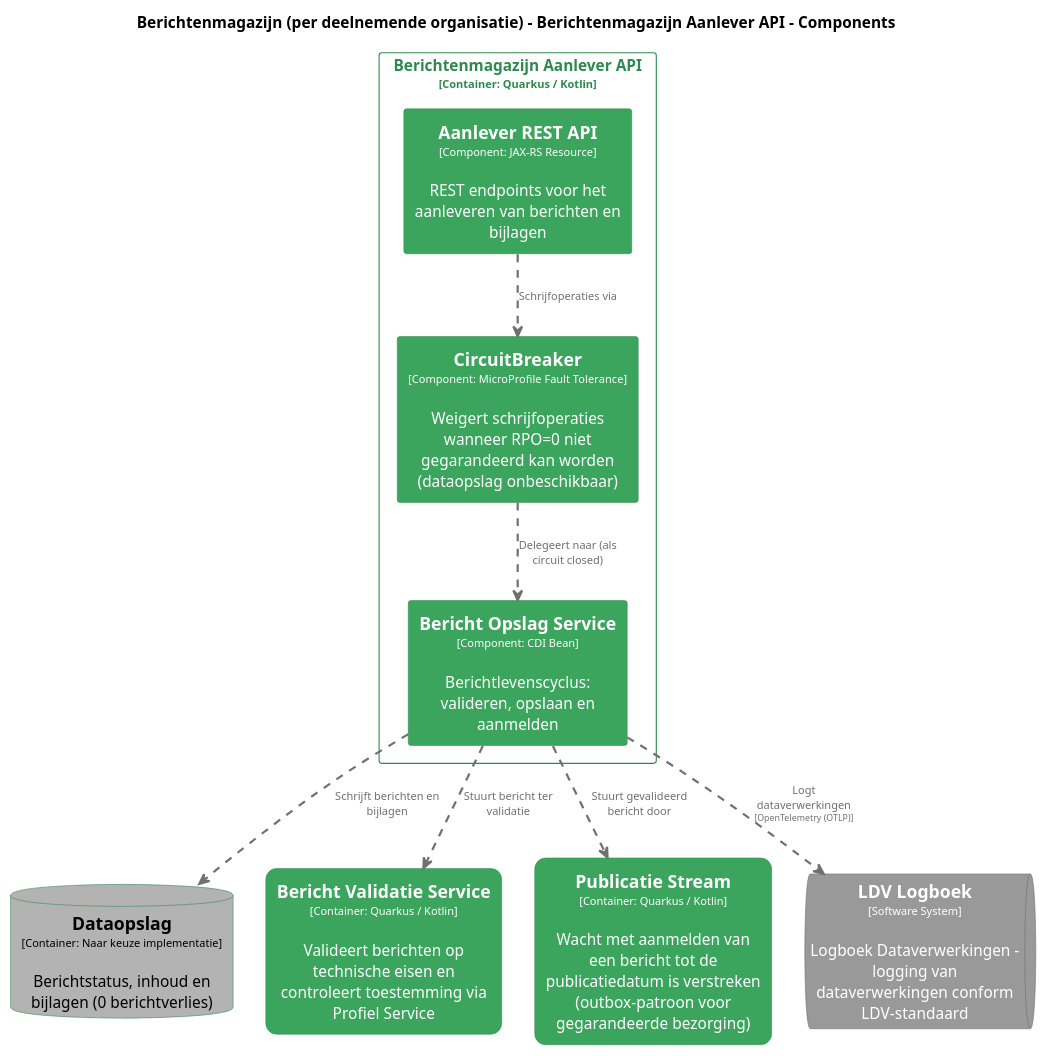
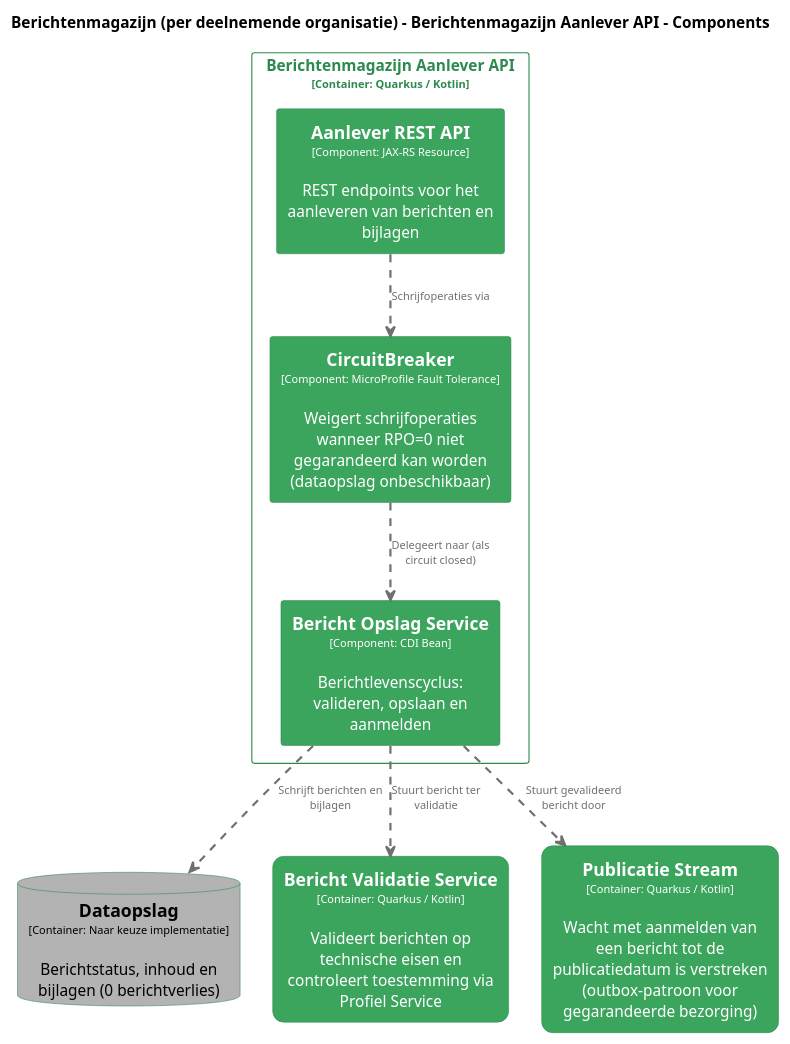
The diagram in pr-preview/pr-22/master/puml/AanleverAPIComponenten.puml (MinBZK/moza-poc-fbs-berichtenbox), drawn with PlantUML before and after one commit. The commit also changed 53 other files, not shown here.

```diff
--- a/pr-preview/pr-22/master/puml/AanleverAPIComponenten.puml
+++ b/pr-preview/pr-22/master/puml/AanleverAPIComponenten.puml
@@ -1,85 +1,77 @@
 @startuml
 set separator none
 title Berichtenmagazijn (per deelnemende organisatie) - Berichtenmagazijn Aanlever API - Components
 
 top to bottom direction
 skinparam ranksep 60
 skinparam nodesep 30
 
 skinparam {
   arrowFontSize 10
   defaultTextAlignment center
   wrapWidth 200
   maxMessageSize 100
 }
 
 hide stereotype
 
 skinparam rectangle<<Berichtenmagazijnperdeelnemendeorganisatie.BerichtenmagazijnAanleverAPI.AanleverRESTAPI>> {
   BackgroundColor #3ba55d
   FontColor #ffffff
   BorderColor #2d8a4e
   shadowing false
 }
 skinparam rectangle<<Berichtenmagazijnperdeelnemendeorganisatie.BerichtenmagazijnAanleverAPI.BerichtOpslagService>> {
   BackgroundColor #3ba55d
   FontColor #ffffff
   BorderColor #2d8a4e
   shadowing false
 }
 skinparam rectangle<<Berichtenmagazijnperdeelnemendeorganisatie.BerichtValidatieService>> {
   BackgroundColor #3ba55d
   FontColor #ffffff
   BorderColor #2d8a4e
   roundCorner 20
   shadowing false
 }
 skinparam rectangle<<Berichtenmagazijnperdeelnemendeorganisatie.BerichtenmagazijnAanleverAPI.CircuitBreaker>> {
   BackgroundColor #3ba55d
   FontColor #ffffff
   BorderColor #2d8a4e
   shadowing false
 }
 skinparam database<<Berichtenmagazijnperdeelnemendeorganisatie.Dataopslag>> {
   BackgroundColor #b3b3b3
   FontColor #000000
   BorderColor #2d8a4e
   shadowing false
 }
-skinparam queue<<LDVLogboek>> {
-  BackgroundColor #999999
-  FontColor #ffffff
-  BorderColor #6b6b6b
-  shadowing false
-}
 skinparam rectangle<<Berichtenmagazijnperdeelnemendeorganisatie.PublicatieStream>> {
   BackgroundColor #3ba55d
   FontColor #ffffff
   BorderColor #2d8a4e
   roundCorner 20
   shadowing false
 }
 skinparam rectangle<<Berichtenmagazijnperdeelnemendeorganisatie.BerichtenmagazijnAanleverAPI>> {
   BorderColor #2d8a4e
   FontColor #2d8a4e
   shadowing false
 }
 
 database "==Dataopslag\n<size:10>[Container: Naar keuze implementatie]</size>\n\nBerichtstatus, inhoud en bijlagen (0 berichtverlies)" <<Berichtenmagazijnperdeelnemendeorganisatie.Dataopslag>> as Berichtenmagazijnperdeelnemendeorganisatie.Dataopslag
 rectangle "==Bericht Validatie Service\n<size:10>[Container: Quarkus / Kotlin]</size>\n\nValideert berichten op technische eisen en controleert toestemming via Profiel Service" <<Berichtenmagazijnperdeelnemendeorganisatie.BerichtValidatieService>> as Berichtenmagazijnperdeelnemendeorganisatie.BerichtValidatieService
 rectangle "==Publicatie Stream\n<size:10>[Container: Quarkus / Kotlin]</size>\n\nWacht met aanmelden van een bericht tot de publicatiedatum is verstreken (outbox-patroon voor gegarandeerde bezorging)" <<Berichtenmagazijnperdeelnemendeorganisatie.PublicatieStream>> as Berichtenmagazijnperdeelnemendeorganisatie.PublicatieStream
-queue "==LDV Logboek\n<size:10>[Software System]</size>\n\nLogboek Dataverwerkingen - logging van dataverwerkingen conform LDV-standaard" <<LDVLogboek>> as LDVLogboek
 
 rectangle "Berichtenmagazijn Aanlever API\n<size:10>[Container: Quarkus / Kotlin]</size>" <<Berichtenmagazijnperdeelnemendeorganisatie.BerichtenmagazijnAanleverAPI>> {
   rectangle "==Aanlever REST API\n<size:10>[Component: JAX-RS Resource]</size>\n\nREST endpoints voor het aanleveren van berichten en bijlagen" <<Berichtenmagazijnperdeelnemendeorganisatie.BerichtenmagazijnAanleverAPI.AanleverRESTAPI>> as Berichtenmagazijnperdeelnemendeorganisatie.BerichtenmagazijnAanleverAPI.AanleverRESTAPI
   rectangle "==CircuitBreaker\n<size:10>[Component: MicroProfile Fault Tolerance]</size>\n\nWeigert schrijfoperaties wanneer RPO=0 niet gegarandeerd kan worden (dataopslag onbeschikbaar)" <<Berichtenmagazijnperdeelnemendeorganisatie.BerichtenmagazijnAanleverAPI.CircuitBreaker>> as Berichtenmagazijnperdeelnemendeorganisatie.BerichtenmagazijnAanleverAPI.CircuitBreaker
   rectangle "==Bericht Opslag Service\n<size:10>[Component: CDI Bean]</size>\n\nBerichtlevenscyclus: valideren, opslaan en aanmelden" <<Berichtenmagazijnperdeelnemendeorganisatie.BerichtenmagazijnAanleverAPI.BerichtOpslagService>> as Berichtenmagazijnperdeelnemendeorganisatie.BerichtenmagazijnAanleverAPI.BerichtOpslagService
 }
 
-Berichtenmagazijnperdeelnemendeorganisatie.BerichtenmagazijnAanleverAPI.BerichtOpslagService .[#707070,thickness=2].> LDVLogboek : "<color:#707070>Logt dataverwerkingen\n<color:#707070><size:8>[OpenTelemetry (OTLP)]</size>"
 Berichtenmagazijnperdeelnemendeorganisatie.BerichtenmagazijnAanleverAPI.AanleverRESTAPI .[#707070,thickness=2].> Berichtenmagazijnperdeelnemendeorganisatie.BerichtenmagazijnAanleverAPI.CircuitBreaker : "<color:#707070>Schrijfoperaties via"
 Berichtenmagazijnperdeelnemendeorganisatie.BerichtenmagazijnAanleverAPI.CircuitBreaker .[#707070,thickness=2].> Berichtenmagazijnperdeelnemendeorganisatie.BerichtenmagazijnAanleverAPI.BerichtOpslagService : "<color:#707070>Delegeert naar (als circuit closed)"
 Berichtenmagazijnperdeelnemendeorganisatie.BerichtenmagazijnAanleverAPI.BerichtOpslagService .[#707070,thickness=2].> Berichtenmagazijnperdeelnemendeorganisatie.Dataopslag : "<color:#707070>Schrijft berichten en bijlagen"
 Berichtenmagazijnperdeelnemendeorganisatie.BerichtenmagazijnAanleverAPI.BerichtOpslagService .[#707070,thickness=2].> Berichtenmagazijnperdeelnemendeorganisatie.BerichtValidatieService : "<color:#707070>Stuurt bericht ter validatie"
 Berichtenmagazijnperdeelnemendeorganisatie.BerichtenmagazijnAanleverAPI.BerichtOpslagService .[#707070,thickness=2].> Berichtenmagazijnperdeelnemendeorganisatie.PublicatieStream : "<color:#707070>Stuurt gevalideerd bericht door"
 @enduml
```
